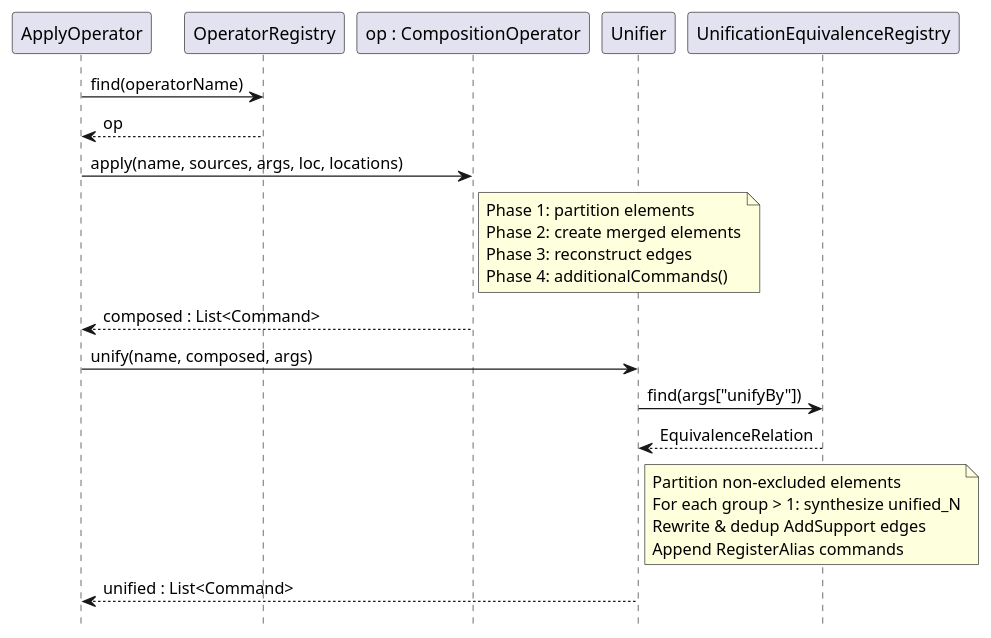
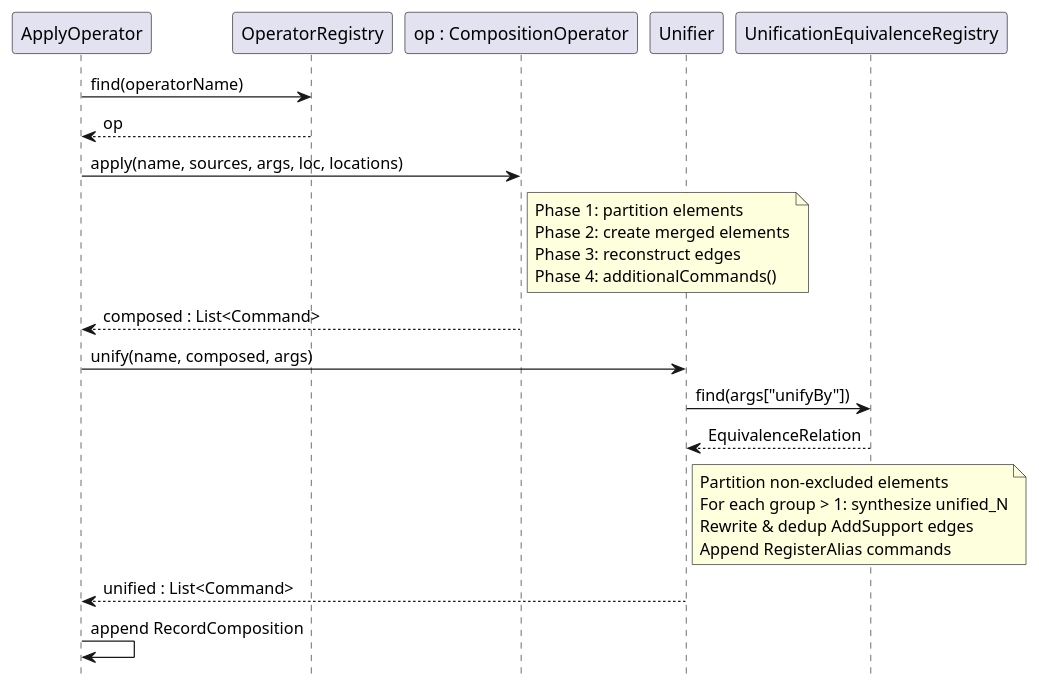
The second of 3 diagrams in docs/design/operators.md (jpipe-mcscert/jpipe-compiler), drawn with PlantUML before and after one commit. The commit also changed other lines of this file and 13 other files, not shown here.

````diff
--- a/docs/design/operators.md
+++ b/docs/design/operators.md
@@ -266,35 +272,36 @@
 ```plantuml
 @startuml operators-expand
 
 skinparam sequenceMessageAlign left
 hide footbox
 
 participant ApplyOperator
 participant OperatorRegistry
 participant "op : CompositionOperator" as Op
 participant Unifier
 participant UnificationEquivalenceRegistry
 
 ApplyOperator -> OperatorRegistry    : find(operatorName)
 OperatorRegistry --> ApplyOperator   : op
 ApplyOperator -> Op                  : apply(name, sources, args, loc, locations)
 note right of Op
   Phase 1: partition elements
   Phase 2: create merged elements
   Phase 3: reconstruct edges
   Phase 4: additionalCommands()
 end note
 Op --> ApplyOperator                 : composed : List<Command>
 ApplyOperator -> Unifier             : unify(name, composed, args)
 Unifier -> UnificationEquivalenceRegistry : find(args["unifyBy"])
 UnificationEquivalenceRegistry --> Unifier : EquivalenceRelation
 note right of Unifier
   Partition non-excluded elements
   For each group > 1: synthesize unified_N
   Rewrite & dedup AddSupport edges
   Append RegisterAlias commands
 end note
 Unifier --> ApplyOperator            : unified : List<Command>
+ApplyOperator -> ApplyOperator       : append RecordComposition
 
 @enduml
 ```
````
